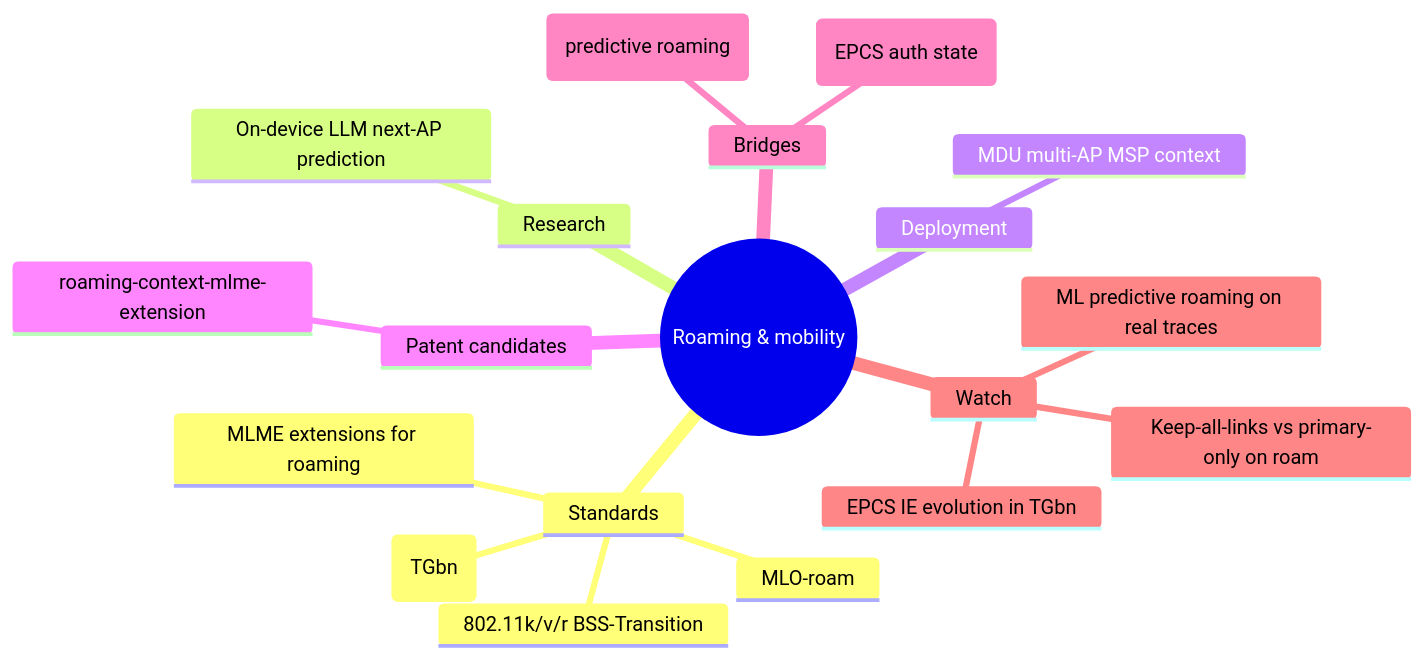
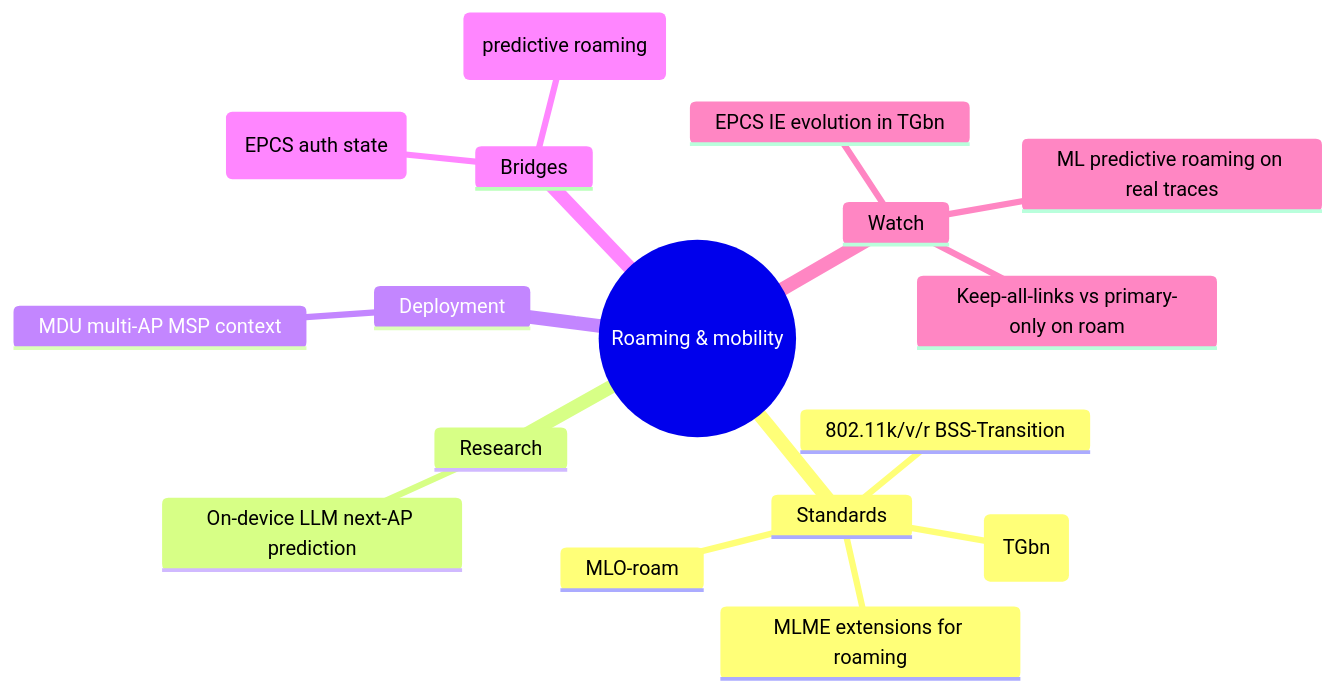
Before and after one commit to ntutangyun/wireless_comm_knowledge_base: the diagram in topics/roaming-mobility.diagram.mmd, drawn with Mermaid. The commit also changed 18 other files, not shown here.

Commit message:
Topics: scrub non-neutral strategy language from public narratives/diagrams; seed sat-direct-device and uwb-fi-ra narratives + mindmaps

```diff
--- a/topics/roaming-mobility.diagram.mmd
+++ b/topics/roaming-mobility.diagram.mmd
@@ -1,20 +1,18 @@
 mindmap
   root((Roaming & mobility))
     Standards
       802.11k/v/r BSS-Transition
       MLO-roam
       EPCS context transfer (TGbn)
       MLME extensions for roaming
     Research
       On-device LLM next-AP prediction
     Deployment
       MDU multi-AP MSP context
-    Patent candidates
-      roaming-context-mlme-extension
     Bridges
       security-privacy (EPCS auth state)
       agentic-wifi (predictive roaming)
     Watch
       EPCS IE evolution in TGbn
       Keep-all-links vs primary-only on roam
       ML predictive roaming on real traces
```
